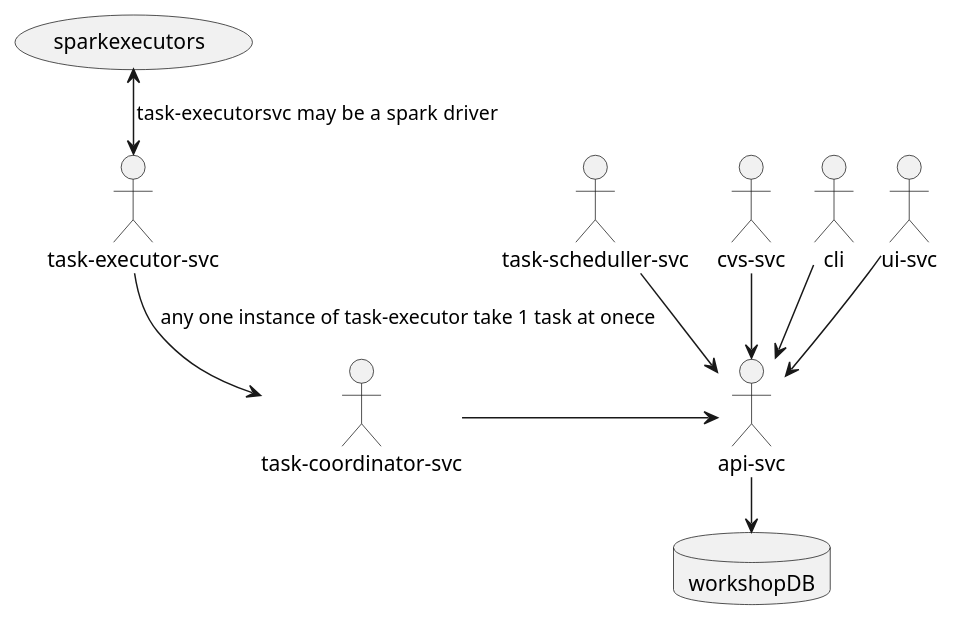
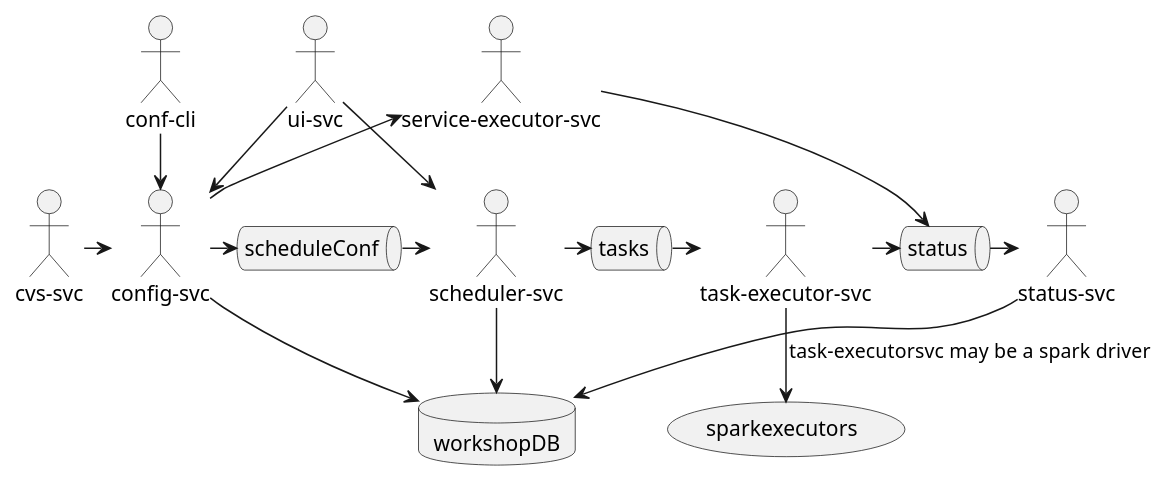
Before and after one commit to zaytsevdmitry/lakehouse: the diagram in doc/system_design/services.puml, drawn with PlantUML. The commit also changed 219 other files, not shown here.

```diff
--- a/doc/system_design/services.puml
+++ b/doc/system_design/services.puml
@@ -1,20 +1,33 @@
 @startuml
 !pragma layout smetana
 database workshopDB
-
+queue scheduleConf
+queue tasks
+queue status
 :ui-svc: as uisvc
-:api-svc:  as apisvc
-:task-coordinator-svc:  as taskcoordinatorsvc
+:config-svc:  as confsvc
+:status-svc:  as statussvc
 :task-executor-svc:  as taskexecutorsvc
-:task-scheduller-svc: as taskschedullersvc
+:scheduler-svc: as schedulersvc
 :cvs-svc: as cvssvc
-:cli: as cli
-taskcoordinatorsvc -> apisvc
-taskschedullersvc-->apisvc
-cvssvc -->apisvc
-uisvc-->apisvc
-cli-->apisvc
-apisvc-->workshopDB
-taskexecutorsvc-->taskcoordinatorsvc:any one instance of task-executor take 1 task at onece
-(sparkexecutors)<-->taskexecutorsvc:task-executorsvc may be a spark  driver
+:conf-cli: as confcli
+'taskcoordinatorsvc -> confsvc
+:service-executor-svc: as serviceexecutor
+cvssvc -> confsvc
+uisvc --> confsvc
+uisvc --> schedulersvc
+confcli --> confsvc
+confsvc --> workshopDB
+schedulersvc --> workshopDB
+statussvc --> workshopDB
+confsvc-> scheduleConf
+scheduleConf -> schedulersvc
+schedulersvc -> tasks
+tasks -> taskexecutorsvc
+taskexecutorsvc -> status
+status -> statussvc
+serviceexecutor -> status
+serviceexecutor <-- confsvc
+'taskexecutorsvc --> taskcoordinatorsvc:any one instance of task-executor take 1 task at onece
+taskexecutorsvc -->(sparkexecutors):task-executorsvc may be a spark  driver
 @enduml
```
